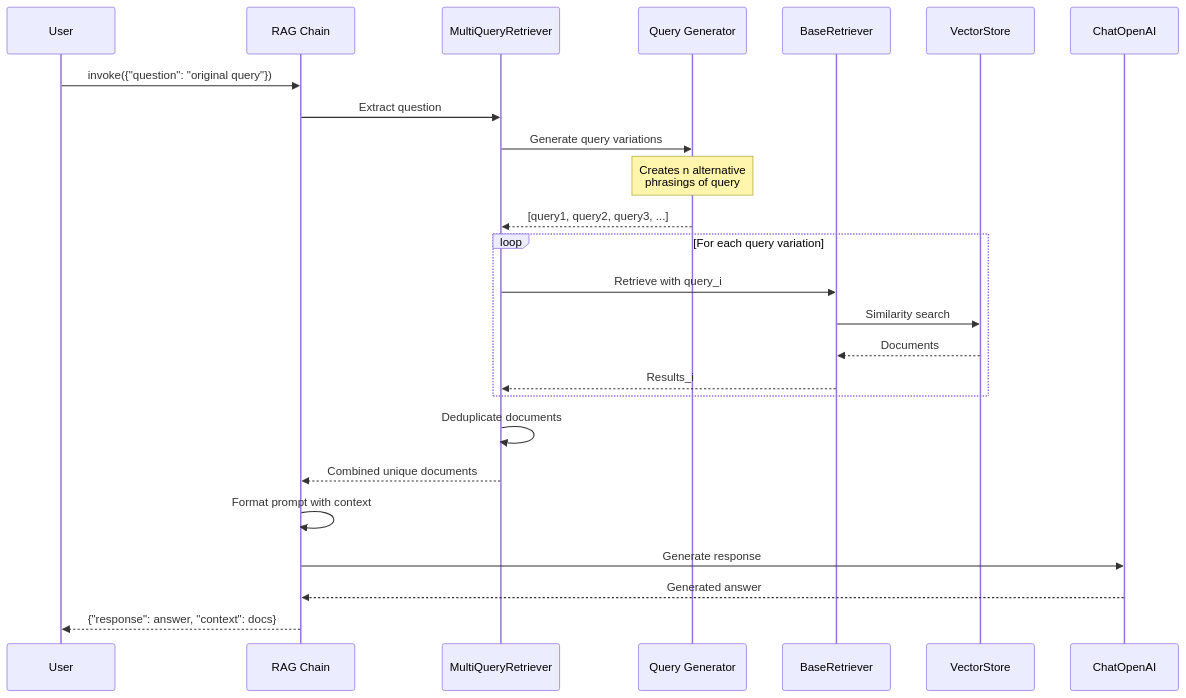
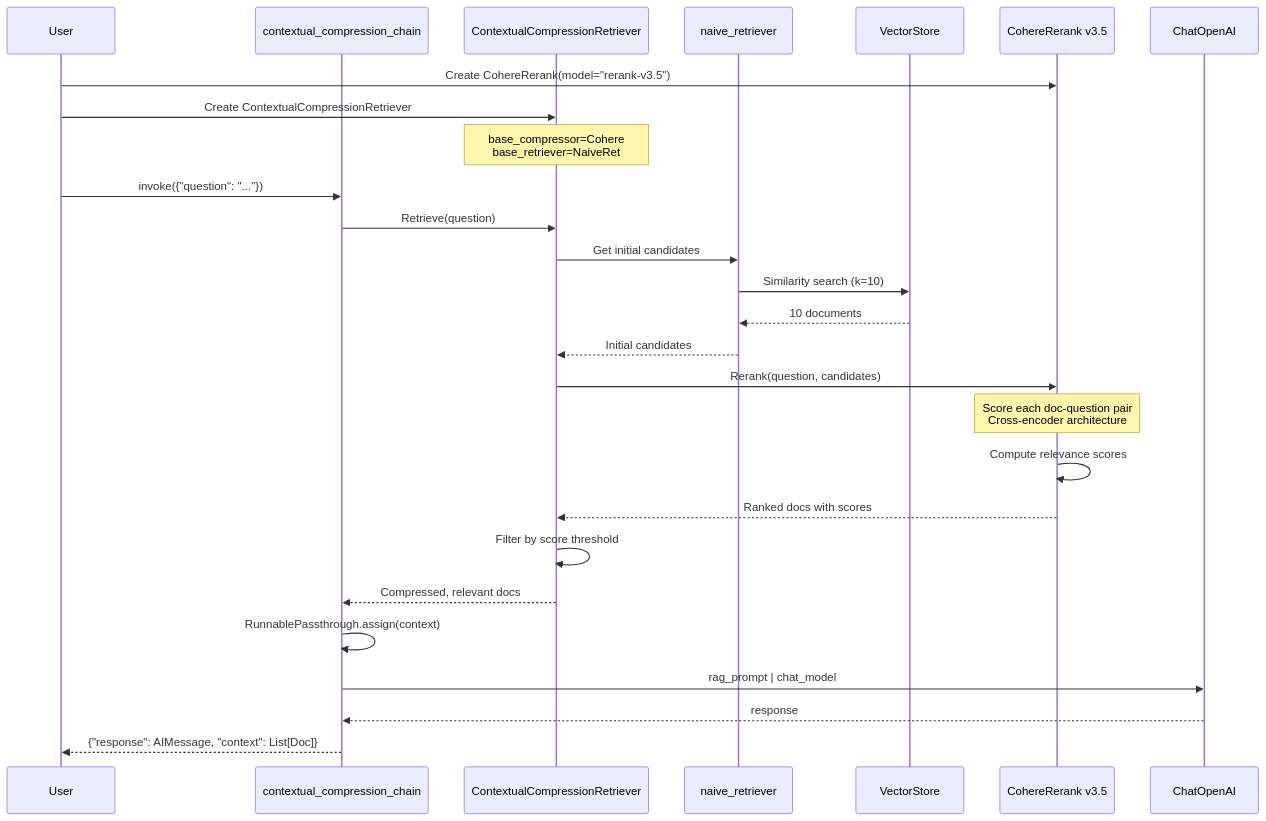
One commit to don-aie-cohort8/aie8-s09-adv-retrieval changed the sixth of 12 diagrams in architecture/docs/03_data_flows.md. Above: the diagram before and after it, drawn with Mermaid. The commit also changed other lines of this file and 11 other files, not shown here.

````diff
--- a/architecture/docs/03_data_flows.md
+++ b/architecture/docs/03_data_flows.md
@@ -182,30 +304,33 @@
 ```mermaid
 sequenceDiagram
     participant User
-    participant Chain as RAG Chain
-    participant MultiQuery as MultiQueryRetriever
-    participant LLM as Query Generator
-    participant BaseRetriever
-    participant VectorStore
-    participant ResponseLLM as ChatOpenAI
+    participant Chain as contextual_compression_chain
+    participant CCR as ContextualCompressionRetriever
+    participant NaiveRet as naive_retriever
+    participant VS as VectorStore
+    participant Cohere as CohereRerank v3.5
+    participant LLM as ChatOpenAI
 
-    User->>Chain: invoke({"question": "original query"})
-    Chain->>MultiQuery: Extract question
-    MultiQuery->>LLM: Generate query variations
-    Note over LLM: Creates n alternative<br/>phrasings of query
-    LLM-->>MultiQuery: [query1, query2, query3, ...]
+    User->>Cohere: Create CohereRerank(model="rerank-v3.5")
+    User->>CCR: Create ContextualCompressionRetriever
+    Note over CCR: base_compressor=Cohere<br/>base_retriever=NaiveRet
 
-    loop For each query variation
-        MultiQuery->>BaseRetriever: Retrieve with query_i
-        BaseRetriever->>VectorStore: Similarity search
-        VectorStore-->>BaseRetriever: Documents
-        BaseRetriever-->>MultiQuery: Results_i
-    end
+    User->>Chain: invoke({"question": "..."})
+    Chain->>CCR: Retrieve(question)
+    CCR->>NaiveRet: Get initial candidates
+    NaiveRet->>VS: Similarity search (k=10)
+    VS-->>NaiveRet: 10 documents
+    NaiveRet-->>CCR: Initial candidates
 
-    MultiQuery->>MultiQuery: Deduplicate documents
-    MultiQuery-->>Chain: Combined unique documents
-    Chain->>Chain: Format prompt with context
-    Chain->>ResponseLLM: Generate response
-    ResponseLLM-->>Chain: Generated answer
-    Chain-->>User: {"response": answer, "context": docs}
+    CCR->>Cohere: Rerank(question, candidates)
+    Note over Cohere: Score each doc-question pair<br/>Cross-encoder architecture
+    Cohere->>Cohere: Compute relevance scores
+    Cohere-->>CCR: Ranked docs with scores
+    CCR->>CCR: Filter by score threshold
+    CCR-->>Chain: Compressed, relevant docs
+
+    Chain->>Chain: RunnablePassthrough.assign(context)
+    Chain->>LLM: rag_prompt | chat_model
+    LLM-->>Chain: response
+    Chain-->>User: {"response": AIMessage, "context": List[Doc]}
 ```
````
